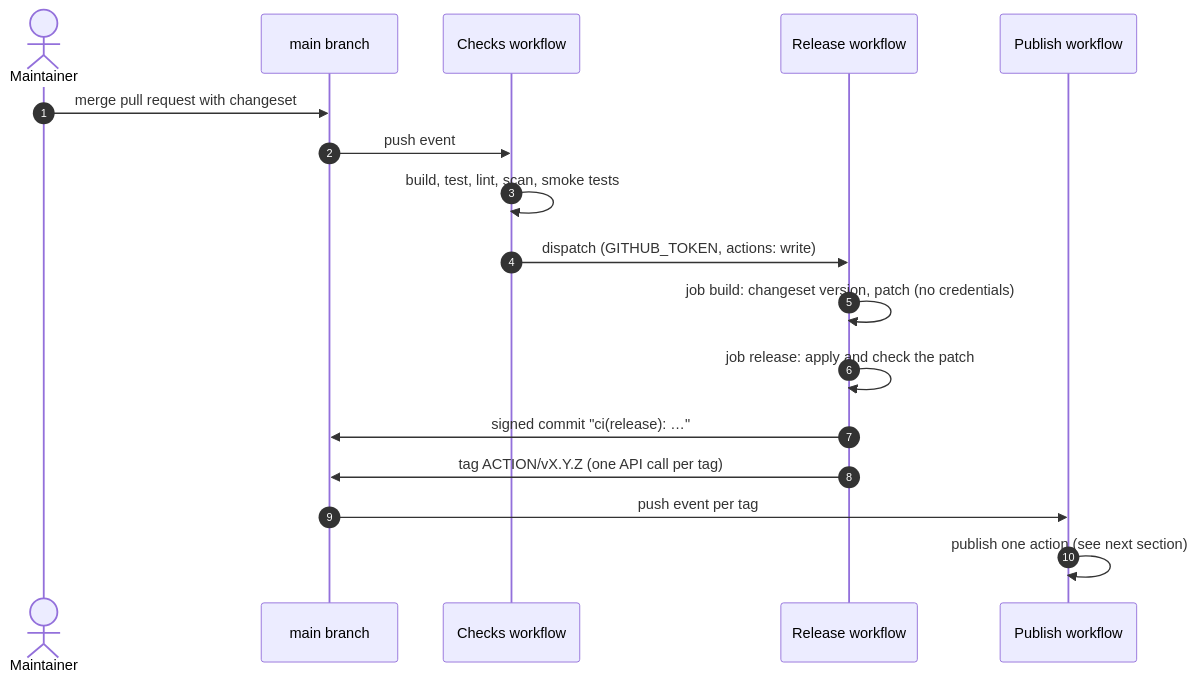
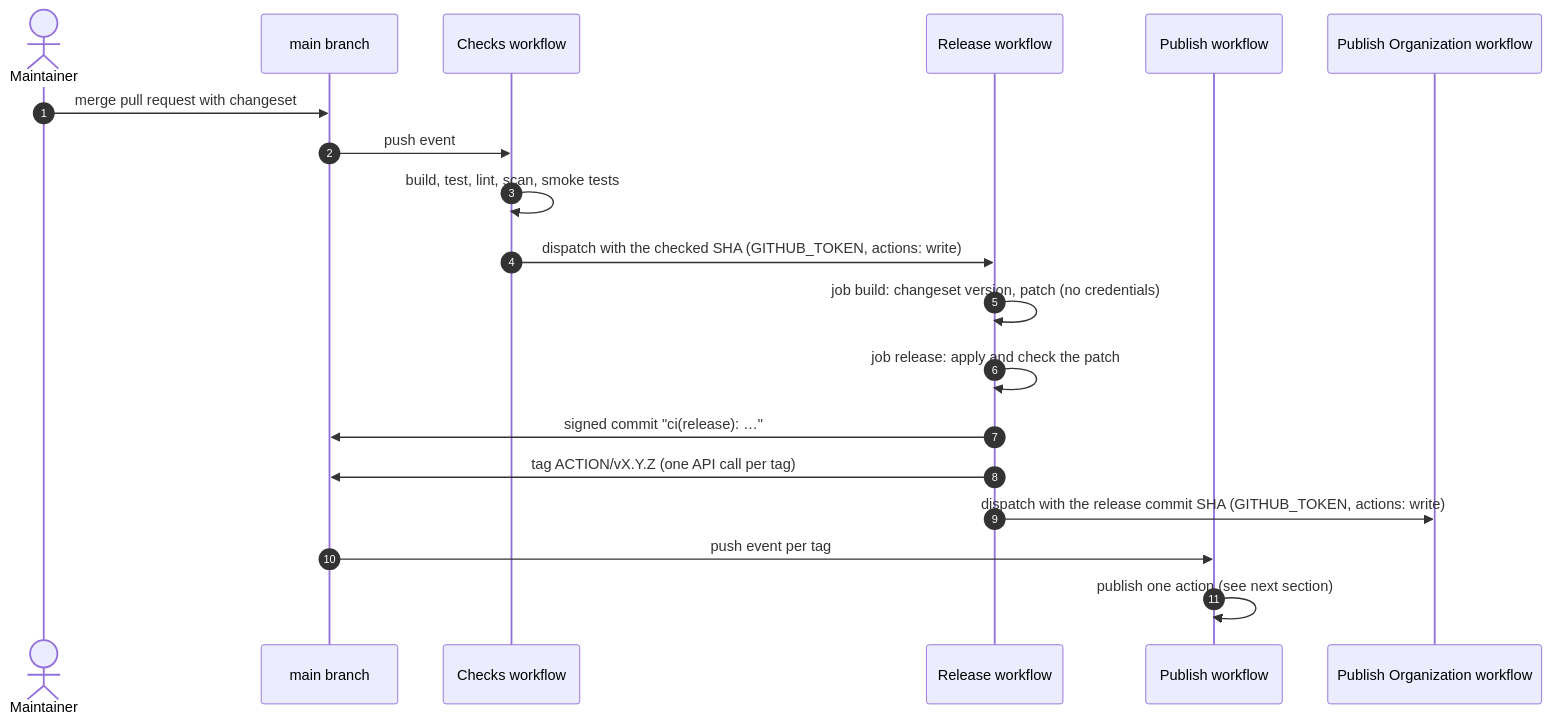
Before and after one commit to simbo-actions/actions: the second of 7 diagrams in ARCHITECTURE.md, drawn with Mermaid. The commit also changed other lines of this file and 7 other files, not shown here.

First line of the commit message:
ci(repo): release and publish only the checked commit (#26)

````diff
--- a/ARCHITECTURE.md
+++ b/ARCHITECTURE.md
@@ -180,20 +180,22 @@
 ```mermaid
 sequenceDiagram
   autonumber
   actor dev as Maintainer
   participant main as main branch
   participant checks as Checks workflow
   participant release as Release workflow
   participant publish as Publish workflow
+  participant org as Publish Organization workflow
 
   dev->>main: merge pull request with changeset
   main->>checks: push event
   checks->>checks: build, test, lint, scan, smoke tests
-  checks->>release: dispatch (GITHUB_TOKEN, actions: write)
+  checks->>release: dispatch with the checked SHA (GITHUB_TOKEN, actions: write)
   release->>release: job build: changeset version, patch (no credentials)
   release->>release: job release: apply and check the patch
   release->>main: signed commit "ci(release): …"
   release->>main: tag ACTION/vX.Y.Z (one API call per tag)
+  release->>org: dispatch with the release commit SHA (GITHUB_TOKEN, actions: write)
   main->>publish: push event per tag
   publish->>publish: publish one action (see next section)
 ```
````
